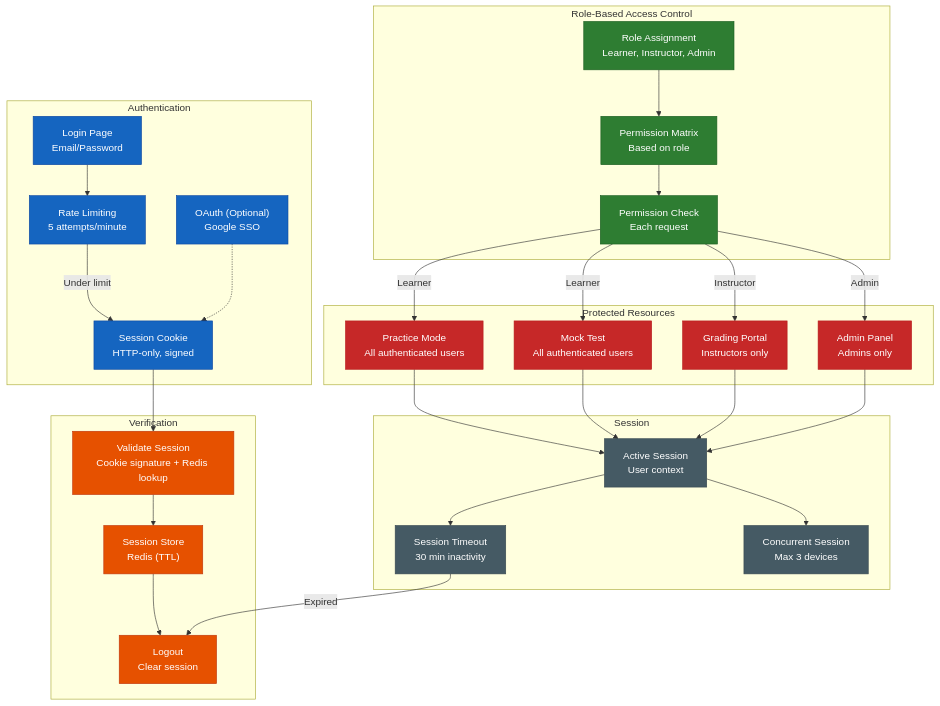
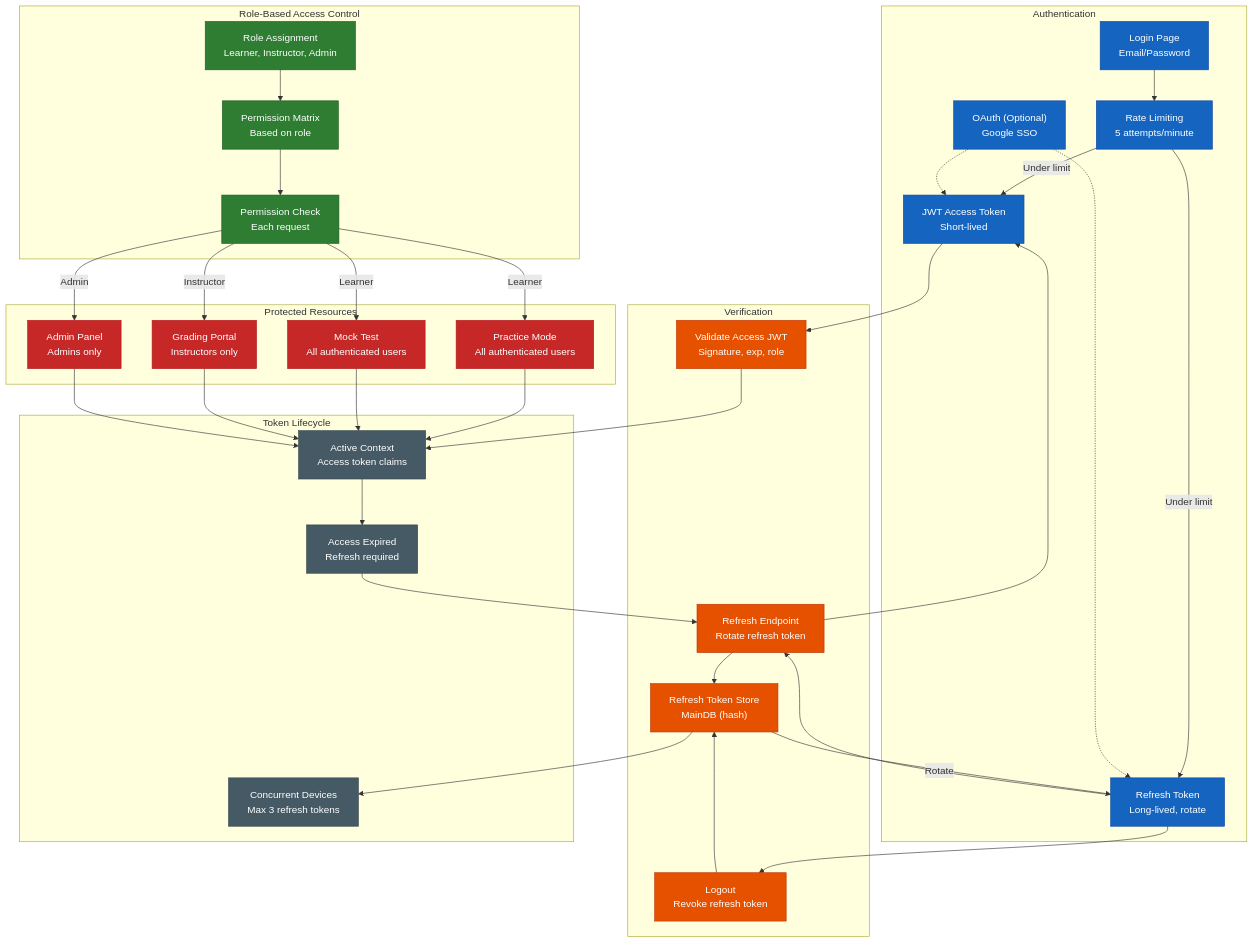
Before and after one commit to nghyane/VSTEP: diagram 13 of 13 in docs/capstone/diagrams/flow-diagrams.vi.md, drawn with Mermaid. The commit also changed other lines of this file and 25 other files, not shown here.

````diff
--- a/docs/capstone/diagrams/flow-diagrams.vi.md
+++ b/docs/capstone/diagrams/flow-diagrams.vi.md
@@ -1116,69 +1114,81 @@
 ```mermaid
 flowchart TB
     subgraph Auth ["Authentication"]
         Login["Login Page<br/>Email/Password"]
         OAuth["OAuth (Optional)<br/>Google SSO"]
         RateLimit["Rate Limiting<br/>5 attempts/minute"]
-        SessionCookie["Session Cookie<br/>HTTP-only, signed"]
+        AccessToken["JWT Access Token<br/>Short-lived"]
+        RefreshToken["Refresh Token<br/>Long-lived, rotate"]
     end
 
     subgraph Verify ["Verification"]
-        ValidateSession["Validate Session<br/>Cookie signature + Redis lookup"]
-        SessionStore["Session Store<br/>Redis (TTL)"]
-        Logout["Logout<br/>Clear session"]
+        ValidateAccess["Validate Access JWT<br/>Signature, exp, role"]
+        Refresh["Refresh Endpoint<br/>Rotate refresh token"]
+        RefreshStore["Refresh Token Store<br/>MainDB (hash)"]
+        Logout["Logout<br/>Revoke refresh token"]
     end
 
     subgraph RBAC ["Role-Based Access Control"]
         Roles["Role Assignment<br/>Learner, Instructor, Admin"]
         Permissions["Permission Matrix<br/>Based on role"]
         Check["Permission Check<br/>Each request"]
     end
 
     subgraph Protected ["Protected Resources"]
         PracticeRes["Practice Mode<br/>All authenticated users"]
         MockRes["Mock Test<br/>All authenticated users"]
         GradingRes["Grading Portal<br/>Instructors only"]
         AdminRes["Admin Panel<br/>Admins only"]
     end
 
-    subgraph Session ["Session"]
-        Active["Active Session<br/>User context"]
-        Timeout["Session Timeout<br/>30 min inactivity"]
-        Concurrent["Concurrent Session<br/>Max 3 devices"]
+    subgraph Tokens ["Token Lifecycle"]
+        Active["Active Context<br/>Access token claims"]
+        AccessExp["Access Expired<br/>Refresh required"]
+        Concurrent["Concurrent Devices<br/>Max 3 refresh tokens"]
     end
 
     Login --> RateLimit
-    RateLimit -->|"Under limit"| SessionCookie
-    OAuth -.-> SessionCookie
-    SessionCookie --> ValidateSession
-    ValidateSession --> SessionStore
-    SessionStore --> Logout
+    RateLimit -->|"Under limit"| AccessToken
+    RateLimit -->|"Under limit"| RefreshToken
+    OAuth -.-> AccessToken
+    OAuth -.-> RefreshToken
+
+    AccessToken --> ValidateAccess
+    ValidateAccess --> Active
+    Active --> AccessExp
+    AccessExp --> Refresh
+
+    RefreshToken --> Refresh
+    Refresh --> RefreshStore
+    RefreshStore -->|"Rotate"| RefreshToken
+    Refresh --> AccessToken
+    RefreshStore --> Concurrent
+
+    RefreshToken --> Logout
+    Logout --> RefreshStore
 
     Roles --> Permissions
     Permissions --> Check
     Check -->|"Learner"| PracticeRes
     Check -->|"Learner"| MockRes
     Check -->|"Instructor"| GradingRes
     Check -->|"Admin"| AdminRes
 
     PracticeRes --> Active
     MockRes --> Active
     GradingRes --> Active
     AdminRes --> Active
-    Active --> Timeout
-    Active --> Concurrent
-    Timeout -->|"Expired"| Logout
 
     classDef auth fill:#1565c0,stroke:#0d47a1,color:#fff
     classDef verify fill:#e65100,stroke:#bf360c,color:#fff
     classDef rbac fill:#2e7d32,stroke:#1b5e20,color:#fff
     classDef permissions fill:#c62828,stroke:#b71c1c,color:#fff
     classDef resources fill:#6a1b9a,stroke:#4a148c,color:#fff
     classDef session fill:#455a64,stroke:#37474f,color:#fff
 
-    class Login,OAuth,RateLimit,SessionCookie auth
-    class ValidateSession,SessionStore,Logout verify
+    class Login,OAuth,RateLimit,AccessToken,RefreshToken auth
+    class ValidateAccess,Refresh,RefreshStore,Logout verify
     class Roles,Permissions,Check rbac
     class PracticeRes,MockRes,GradingRes,AdminRes permissions
-    class Active,Timeout,Concurrent session
+    class Active,AccessExp,Concurrent session
 ```
````
